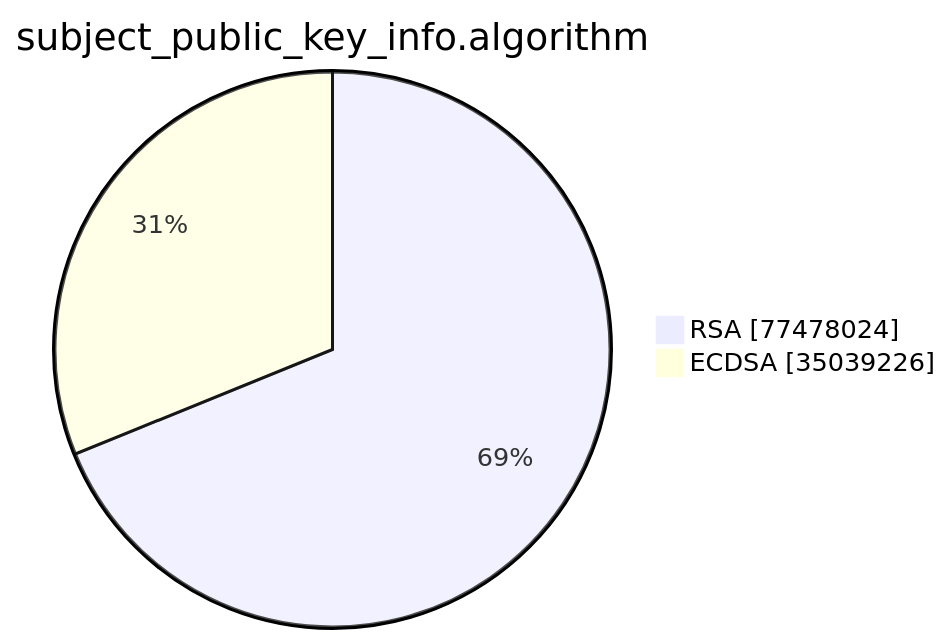
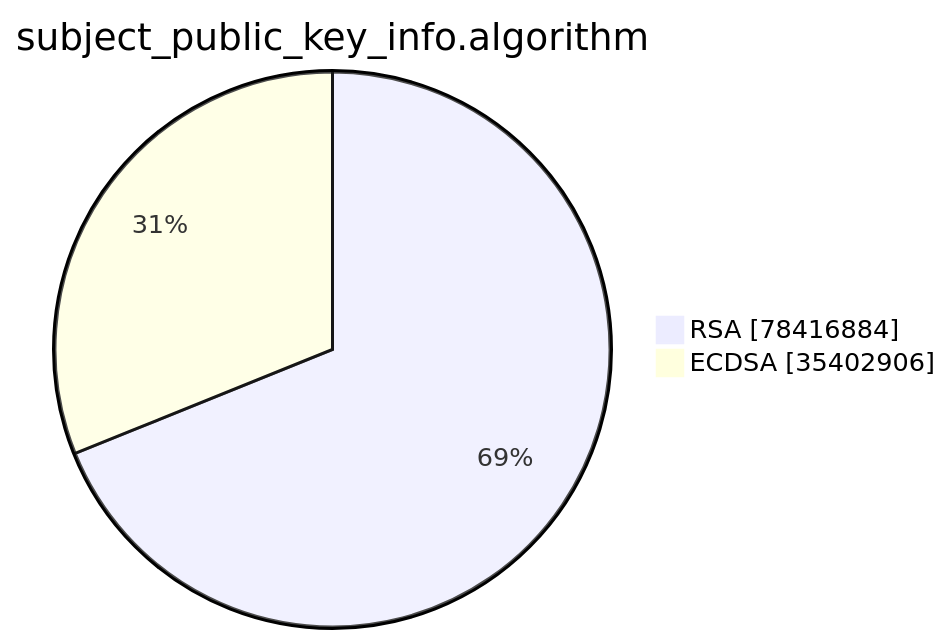
Before and after one commit to christiankrug/ctmonitor_visualization: the second of 15 diagrams in xenon2023/README.md, drawn with Mermaid. The commit also changed other lines of this file, not shown here.

````diff
--- a/xenon2023/README.md
+++ b/xenon2023/README.md
@@ -6,6 +6,6 @@
 ```mermaid
 pie showData
 title subject_public_key_info.algorithm
-"RSA" :77478024
-"ECDSA" :35039226
+"RSA" :78416884
+"ECDSA" :35402906
 ```
````
